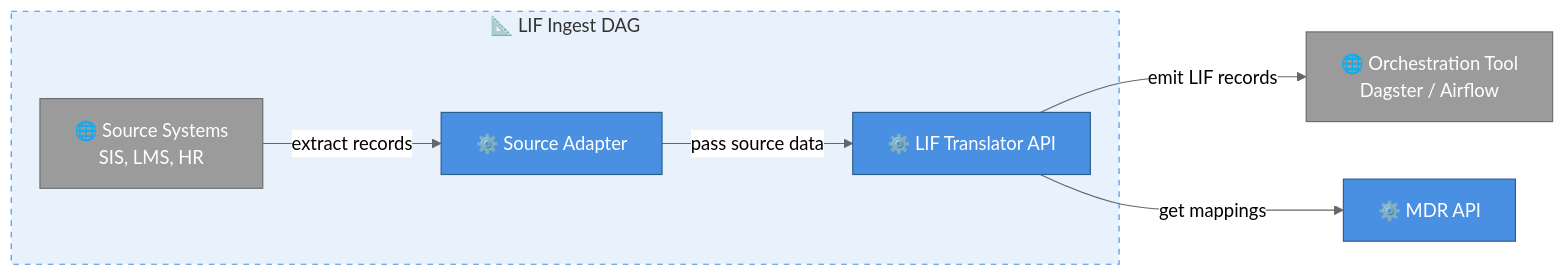
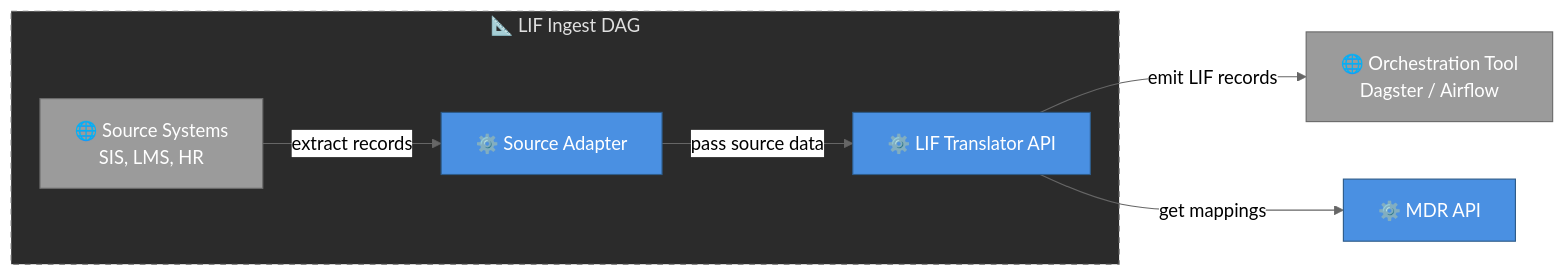
The third of 16 diagrams in docs/lif_services_overview.md (LIF-Initiative/lif-core), drawn with Mermaid (neutral theme) before and after one commit.

Commit message:
docs: Translator diagram

````diff
--- a/docs/lif_services_overview.md
+++ b/docs/lif_services_overview.md
@@ -134,26 +134,26 @@
 ```mermaid
 graph LR
     Orch["🌐 Orchestration Tool<br/>Dagster / Airflow"]
 
     subgraph DAG["📐 LIF Ingest DAG"]
         Sources["🌐 Source Systems<br/>SIS, LMS, HR"]
         Adapter["⚙️ Source Adapter"]
         Trans["⚙️ LIF Translator API"]
     end
 
     MDR["⚙️ MDR API"]
 
     Sources -->|extract records| Adapter
     Adapter -->|pass source data| Trans
     Trans -->|emit LIF records| Orch
     Trans -->|get mappings| MDR
 
     classDef coreStyle fill:#4A90E2,stroke:#2E5C8A,color:#fff
     classDef extStyle fill:#9B9B9B,stroke:#6B6B6B,color:#fff
-    classDef dagStyle fill:#E8F2FC,stroke:#4A90E2,stroke-dasharray: 5 5
+    classDef dagStyle fill:#2B2B2B,stroke:#6B6B6B,stroke-dasharray: 5 5,color:#E0E0E0
 
     class Adapter,Trans coreStyle
     class MDR coreStyle
     class Orch,Sources extStyle
     class DAG dagStyle
 ```
````
